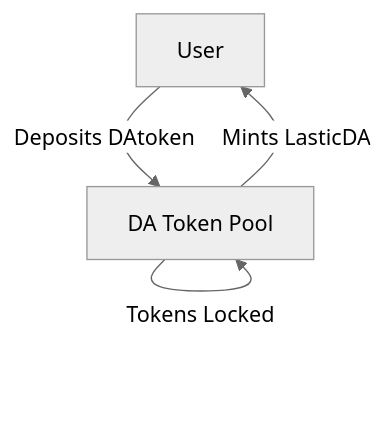
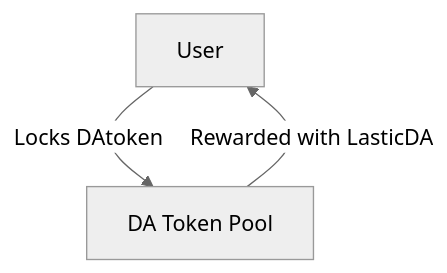
One commit to LasticXYZ/DAtokenPriceSim changed the first of 7 diagrams in README.md. Above: the diagram before and after it, drawn with Mermaid (neutral theme). The commit also changed other lines of this file and 2 other files, not shown here.

````diff
--- a/README.md
+++ b/README.md
@@ -61,6 +64,5 @@
 ```mermaid
 flowchart TD
-    A[User] -->|Deposits DAtoken| C[DA Token Pool]
-    C -->|Tokens Locked| C
-    C -->|Mints LasticDA| A
+    A[User] -->|Locks DAtoken| C[DA Token Pool]
+    C -->|Rewarded with LasticDA| A
 ```
````
